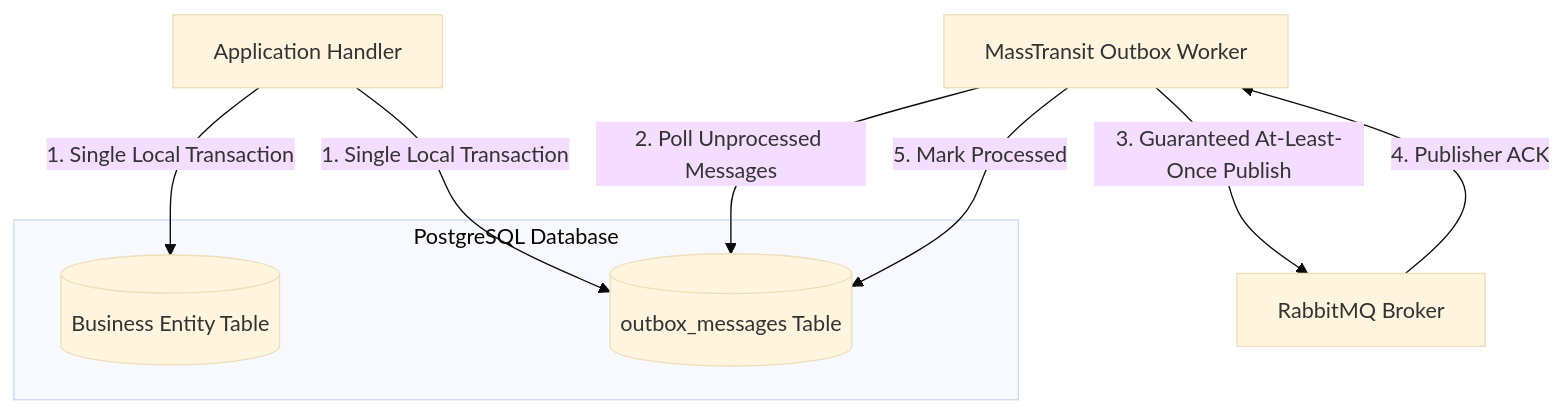
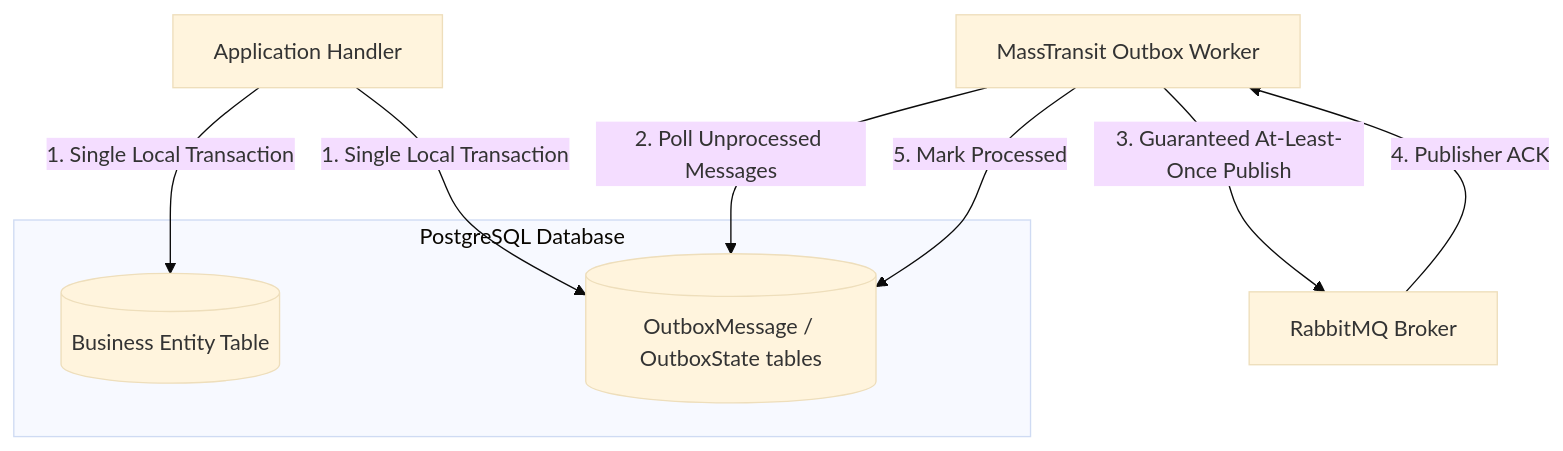
Before and after one commit to jessiicamaru/e-commerce-asp-dotnet-practice: the first of 2 diagrams in docs/architecture/reliable-messaging-and-outbox-pattern.md, drawn with Mermaid (base theme). The commit also changed other lines of this file and 19 other files, not shown here.

````diff
--- a/docs/architecture/reliable-messaging-and-outbox-pattern.md
+++ b/docs/architecture/reliable-messaging-and-outbox-pattern.md
@@ -26,15 +26,15 @@
 ```mermaid
 graph TD
     subgraph MicroserviceDB ["PostgreSQL Database"]
         EntityTable[("Business Entity Table")]
-        OutboxTable[("outbox_messages Table")]
+        OutboxTable[("OutboxMessage / OutboxState tables")]
     end
 
     Handler["Application Handler"] -->|1. Single Local Transaction| EntityTable
     Handler -->|1. Single Local Transaction| OutboxTable
 
     OutboxWorker["MassTransit Outbox Worker"] -->|2. Poll Unprocessed Messages| OutboxTable
     OutboxWorker -->|3. Guaranteed At-Least-Once Publish| RabbitMQ["RabbitMQ Broker"]
     RabbitMQ -->|4. Publisher ACK| OutboxWorker
     OutboxWorker -->|5. Mark Processed| OutboxTable
 ```
````
